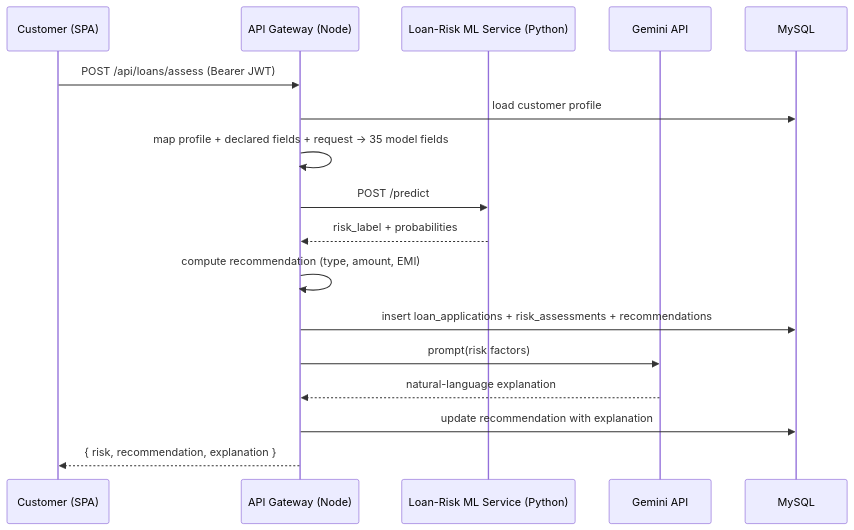
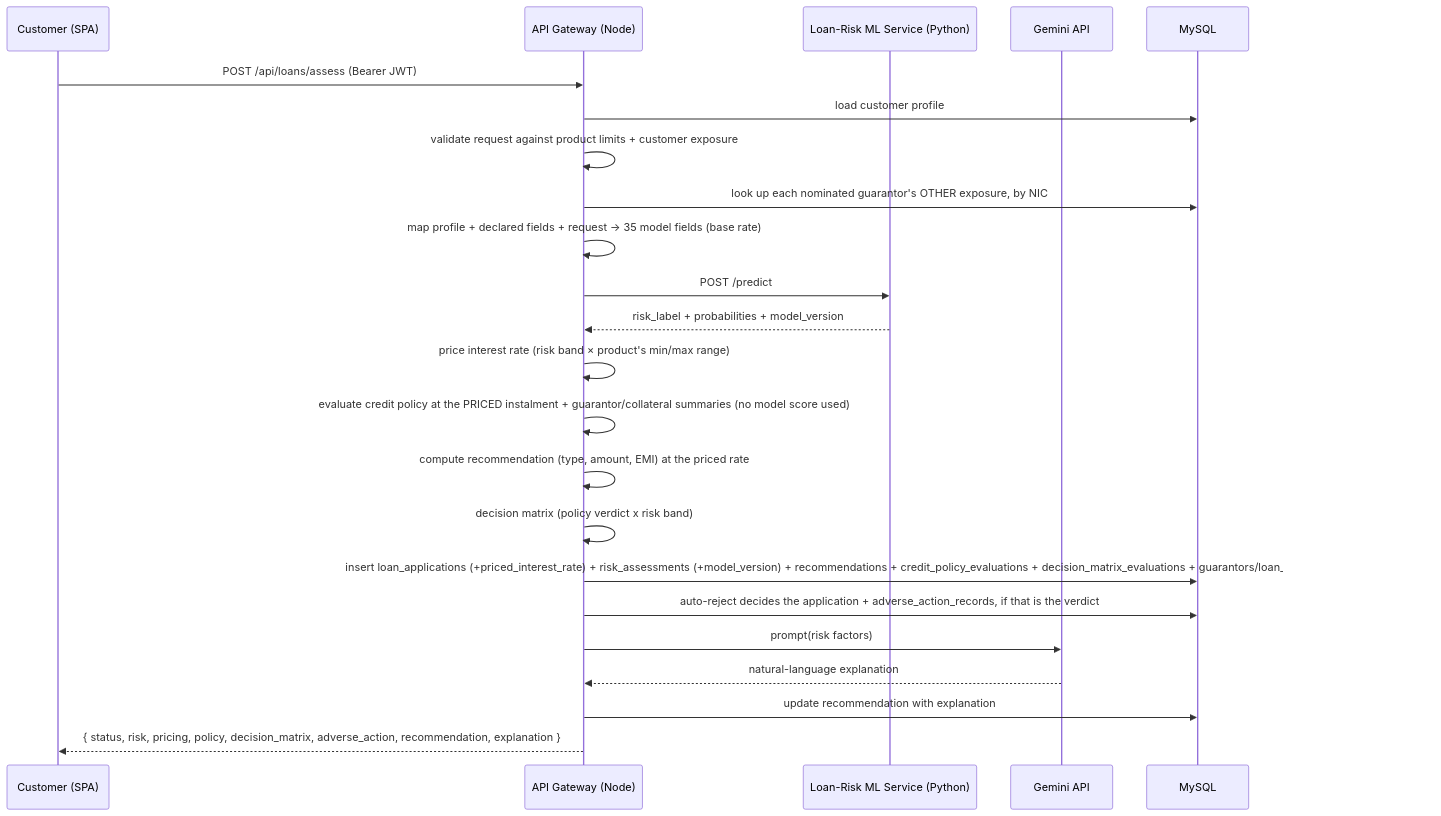
The third of 9 diagrams in ARCHITECTURE.md (ThangarajuThivya/ai-loan-risk-platform), drawn with Mermaid before and after one commit. The commit also changed other lines of this file and 138 other files, not shown here.

````diff
--- a/ARCHITECTURE.md
+++ b/ARCHITECTURE.md
@@ -522,20 +543,26 @@
 ```mermaid
 sequenceDiagram
     participant U as Customer (SPA)
     participant N as API Gateway (Node)
     participant P as Loan-Risk ML Service (Python)
     participant G as Gemini API
     participant DB as MySQL
 
     U->>N: POST /api/loans/assess (Bearer JWT)
     N->>DB: load customer profile
-    N->>N: map profile + declared fields + request → 35 model fields
+    N->>N: validate request against product limits + customer exposure
+    N->>DB: look up each nominated guarantor's OTHER exposure, by NIC
+    N->>N: map profile + declared fields + request → 35 model fields (base rate)
     N->>P: POST /predict
-    P-->>N: risk_label + probabilities
-    N->>N: compute recommendation (type, amount, EMI)
-    N->>DB: insert loan_applications + risk_assessments + recommendations
+    P-->>N: risk_label + probabilities + model_version
+    N->>N: price interest rate (risk band × product's min/max range)
+    N->>N: evaluate credit policy at the PRICED instalment + guarantor/collateral summaries (no model score used)
+    N->>N: compute recommendation (type, amount, EMI) at the priced rate
+    N->>N: decision matrix (policy verdict x risk band)
+    N->>DB: insert loan_applications (+priced_interest_rate) + risk_assessments (+model_version) + recommendations + credit_policy_evaluations + decision_matrix_evaluations + guarantors/loan_guarantors + collateral_items
+    N->>DB: auto-reject decides the application + adverse_action_records, if that is the verdict
     N->>G: prompt(risk factors)
     G-->>N: natural-language explanation
     N->>DB: update recommendation with explanation
-    N-->>U: { risk, recommendation, explanation }
+    N-->>U: { status, risk, pricing, policy, decision_matrix, adverse_action, recommendation, explanation }
 ```
````
